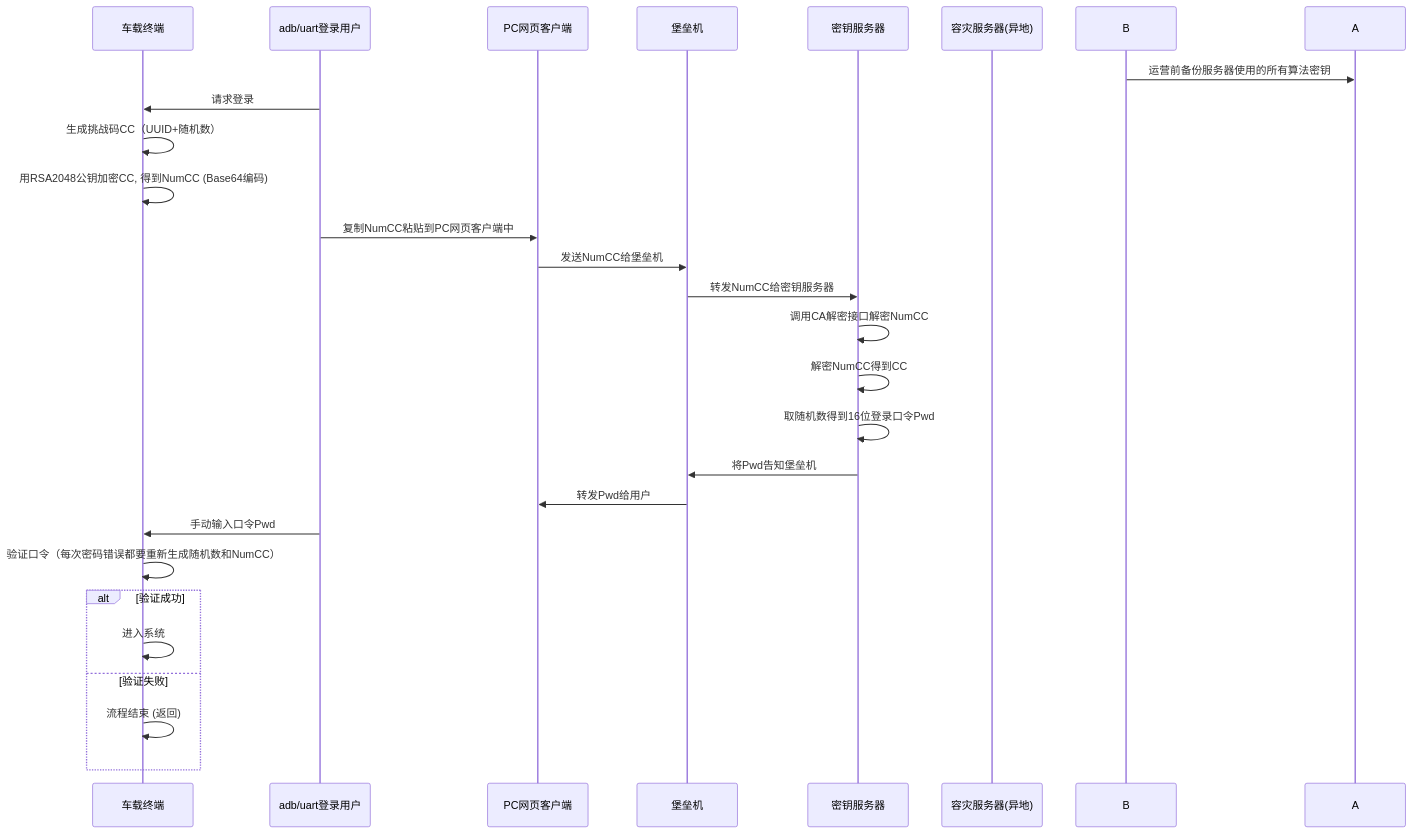
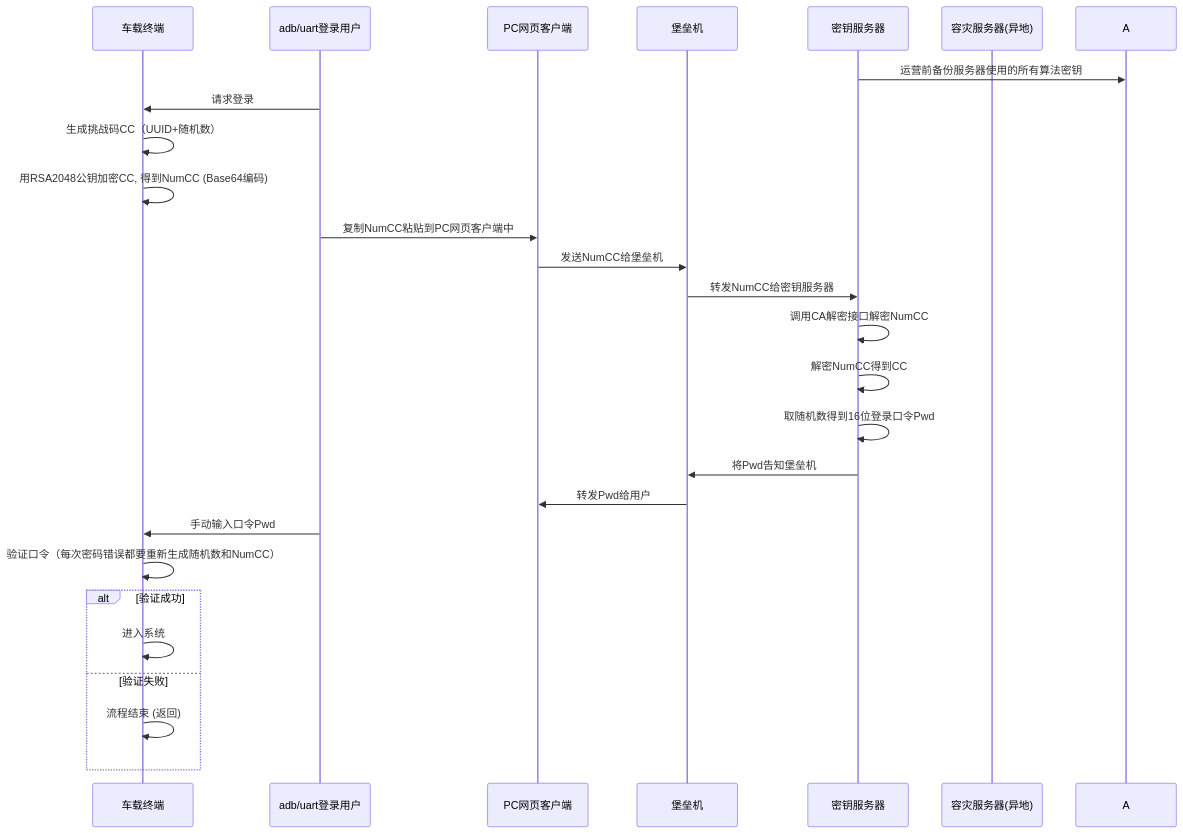
Before and after one commit to facebook-cloud/iodraw-files: the diagram in all/未命名-19.md, drawn with Mermaid.

Commit message:
2026-03-13 15:32:28 update

````diff
--- a/all/未命名-19.md
+++ b/all/未命名-19.md
@@ -1,31 +1,31 @@
 ```mermaid
 sequenceDiagram
     participant tbox as 车载终端
     participant user as adb/uart登录用户
     participant pc as PC网页客户端
     participant bastion as 堡垒机
     participant tech_center as 密钥服务器
     participant backup as 容灾服务器(异地)
   
-    B->>A: 运营前备份服务器使用的所有算法密钥
+    tech_center->>A: 运营前备份服务器使用的所有算法密钥
     user->>tbox: 请求登录
     tbox->>tbox: 生成挑战码CC（UUID+随机数）
     tbox->>tbox: 用RSA2048公钥加密CC, 得到NumCC (Base64编码)
     user->>pc: 复制NumCC粘贴到PC网页客户端中
     pc->>bastion: 发送NumCC给堡垒机
     bastion->>tech_center: 转发NumCC给密钥服务器
     tech_center->>tech_center: 调用CA解密接口解密NumCC
     tech_center->>tech_center: 解密NumCC得到CC
     tech_center->>tech_center: 取随机数得到16位登录口令Pwd
     tech_center->>bastion: 将Pwd告知堡垒机
     bastion->>pc: 转发Pwd给用户
     user->>tbox: 手动输入口令Pwd
     tbox->>tbox: 验证口令（每次密码错误都要重新生成随机数和NumCC）
     alt 验证成功
         tbox->>tbox: 进入系统
     else 验证失败
         tbox->>tbox: 流程结束 (返回)
     end
 
 
 ```
````
